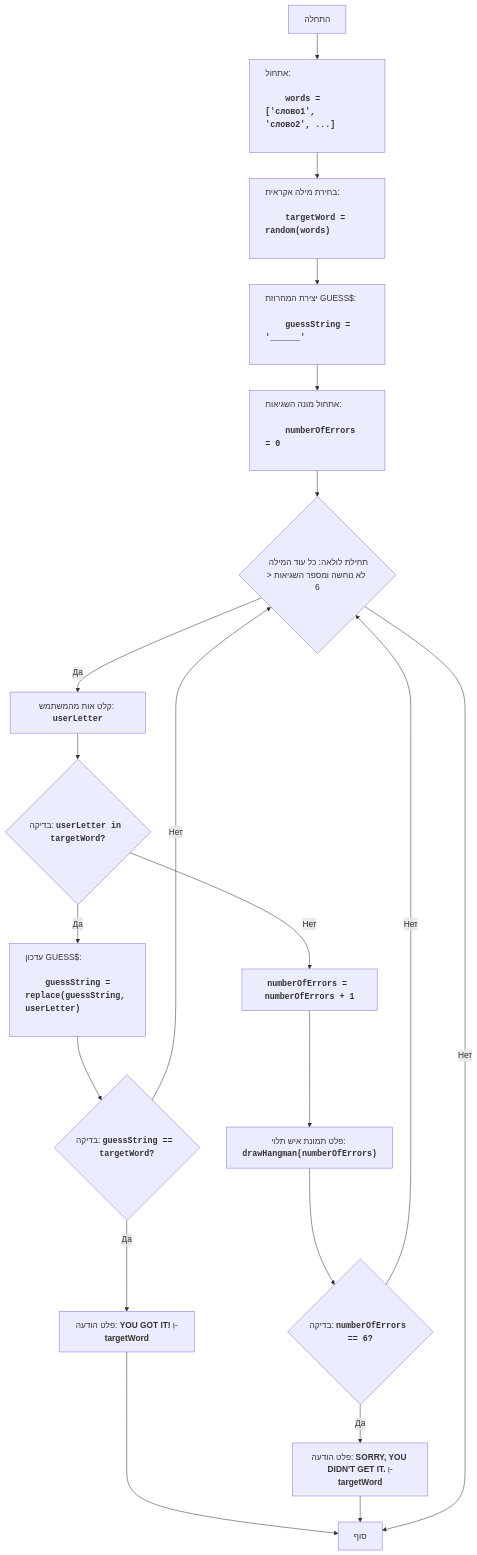
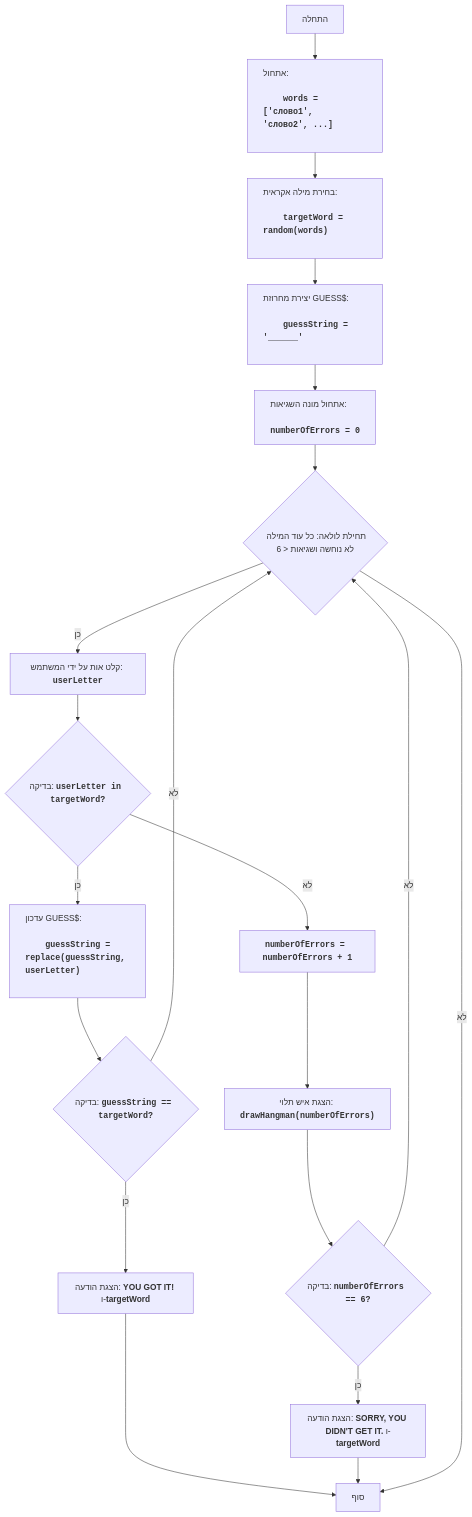
One commit to hypo69/1001-python-he changed the diagram in code/UNSORTED/HANG/README.MD. Above: the diagram before and after it, drawn with Mermaid. The commit also changed other lines of this file and 869 other files, not shown here.

````diff
--- a/code/UNSORTED/HANG/README.MD
+++ b/code/UNSORTED/HANG/README.MD
@@ -35,34 +35,34 @@
 ```mermaid
 ---
 config:
   layout: fixed
 ---
 flowchart TD
 
-    Start["התחלה"] --> InitializeWords@{ label: "<p align=\"left\">אתחול:\n    <code><b>\n    words = ['слово1', 'слово2', ...]\n    </b></code></p>" }
-    InitializeWords --> ChooseWord@{ label: "<p align=\"left\">בחירת מילה אקראית:\n    <code><b>\n    targetWord = random(words)\n    </b></code></p>" }
-    ChooseWord --> CreateGuessString@{ label: "<p align=\"left\">יצירת המחרוזת GUESS$:\n    <code><b>\n    guessString = '______'\n    </b></code></p>" }
-    CreateGuessString --> InitializeErrors@{ label: "<p align=\"left\">אתחול מונה השגיאות:\n    <code><b>\n    numberOfErrors = 0\n    </b></code></p>" }
-    InitializeErrors --> LoopStart{"תחילת לולאה: כל עוד המילה לא נוחשה ומספר השגיאות &lt; 6"}
-    LoopStart -- Да --> InputLetter["קלט אות מהמשתמש: <code><b>userLetter</b></code>"]
+    Start["התחלה"] --> InitializeWords@{ label: "<p align=\"left\">אתחול:<br>    <code><b><br>    words = ['слово1', 'слово2', ...]<br>    </b></code></p>" }
+    InitializeWords --> ChooseWord@{ label: "<p align=\"left\">בחירת מילה אקראית:<br>    <code><b><br>    targetWord = random(words)<br>    </b></code></p>" }
+    ChooseWord --> CreateGuessString@{ label: "<p align=\"left\">יצירת מחרוזת GUESS$:<br>    <code><b><br>    guessString = '______'<br>    </b></code></p>" }
+    CreateGuessString --> InitializeErrors@{ label: "<p align=\"left\">אתחול מונה השגיאות:<br>    <code><b><br>    numberOfErrors = 0<br>    </b></code></p>" }
+    InitializeErrors --> LoopStart{"תחילת לולאה: כל עוד המילה לא נוחשה ושגיאות &lt; 6"}
+    LoopStart -- כן --> InputLetter["קלט אות על ידי המשתמש: <code><b>userLetter</b></code>"]
     InputLetter --> CheckLetter{"בדיקה: <code><b>userLetter in targetWord?</b></code>"}
-    CheckLetter -- Да --> UpdateGuessString@{ label: "<p align=\"left\">עדכון GUESS$:\n    <code><b>\n    guessString = replace(guessString, userLetter)\n    </b></code></p>" }
+    CheckLetter -- כן --> UpdateGuessString@{ label: "<p align=\"left\">עדכון GUESS$:<br>    <code><b><br>    guessString = replace(guessString, userLetter)<br>    </b></code></p>" }
     UpdateGuessString --> CheckWin{"בדיקה: <code><b>guessString == targetWord?</b></code>"}
-    CheckWin -- Да --> OutputWin["פלט הודעה: <b>YOU GOT IT!</b> וְ-<b>targetWord</b>"]
+    CheckWin -- כן --> OutputWin["הצגת הודעה: <b>YOU GOT IT!</b> ו-<b>targetWord</b>"]
     OutputWin --> End["סוף"]
-    CheckWin -- Нет --> LoopStart
-    CheckLetter -- Нет --> IncreaseErrors["<code><b>numberOfErrors = numberOfErrors + 1</b></code>"]
-    IncreaseErrors --> DrawHangman["פלט תמונת איש תלוי: <code><b>drawHangman(numberOfErrors)</b></code>"]
+    CheckWin -- לא --> LoopStart
+    CheckLetter -- לא --> IncreaseErrors["<code><b>numberOfErrors = numberOfErrors + 1</b></code>"]
+    IncreaseErrors --> DrawHangman["הצגת איש תלוי: <code><b>drawHangman(numberOfErrors)</b></code>"]
     DrawHangman --> CheckLose{"בדיקה: <code><b>numberOfErrors == 6?</b></code>"}
-    CheckLose -- Да --> OutputLose@{ label: "פלט הודעה: <b>SORRY, YOU DIDN'T GET IT.</b> וְ-<b>targetWord</b>" }
+    CheckLose -- כן --> OutputLose@{ label: "הצגת הודעה: <b>SORRY, YOU DIDN'T GET IT.</b> ו-<b>targetWord</b>" }
     OutputLose --> End
-    CheckLose -- Нет --> LoopStart
-    LoopStart -- Нет --> End
+    CheckLose -- לא --> LoopStart
+    LoopStart -- לא --> End
     InitializeWords@{ shape: rect}
     ChooseWord@{ shape: rect}
     CreateGuessString@{ shape: rect}
     InitializeErrors@{ shape: rect}
     UpdateGuessString@{ shape: rect}
     OutputLose@{ shape: rect}
 
 ```
````
